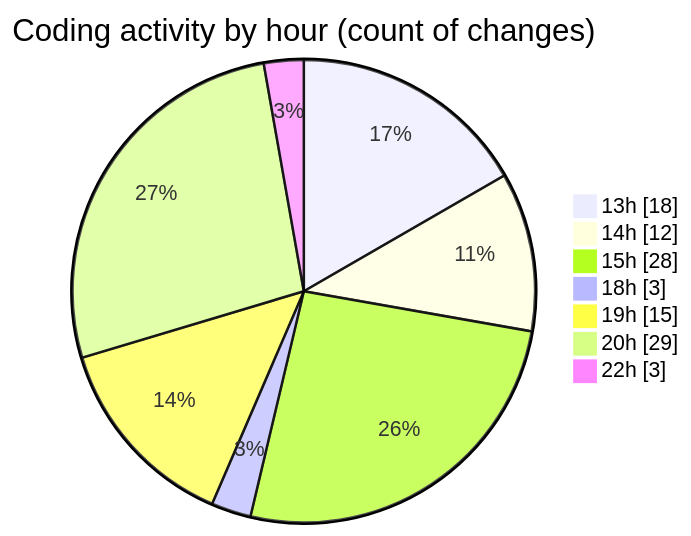
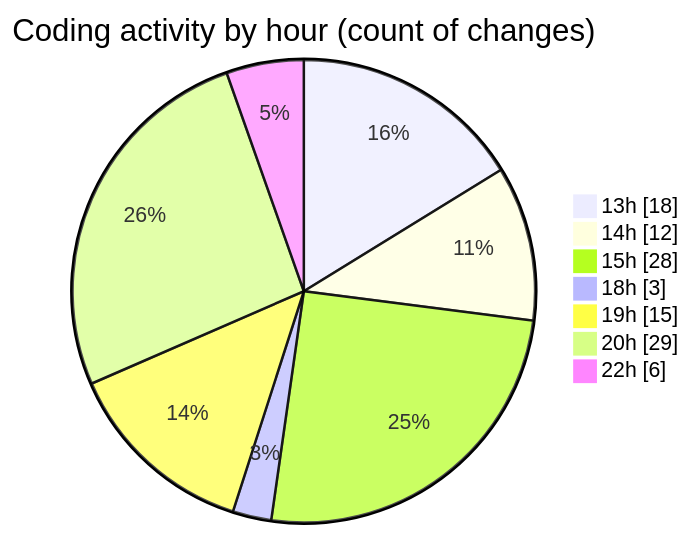
The second of 2 diagrams in 2025-06-16/studio-backend/README.md (idhammustaqopulfikri/code-tracking), drawn with Mermaid before and after one commit. The commit also changed other lines of this file and 1 other file, not shown here.

````diff
--- a/2025-06-16/studio-backend/README.md
+++ b/2025-06-16/studio-backend/README.md
@@ -45,11 +45,11 @@
 ```mermaid
 pie showData
 title Coding activity by hour (count of changes)
 "13h" : 18
 "14h" : 12
 "15h" : 28
 "18h" : 3
 "19h" : 15
 "20h" : 29
-"22h" : 3
+"22h" : 6
 ```
````
